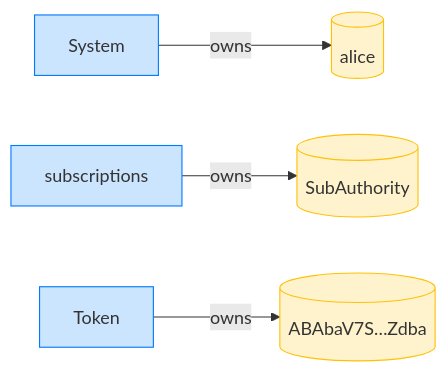
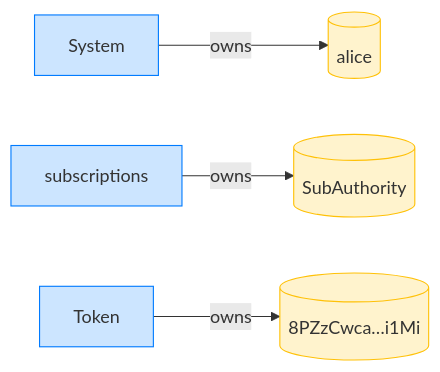
The fourth of 8 diagrams in dsl_tests/revoke-clears-the-delegate.md (cds-rs/subscriptions), drawn with Mermaid before and after one commit. The commit also changed other lines of this file and 224 other files, not shown here.

````diff
--- a/dsl_tests/revoke-clears-the-delegate.md
+++ b/dsl_tests/revoke-clears-the-delegate.md
@@ -73,14 +78,14 @@
 ```mermaid
 flowchart LR
     classDef owner fill:#cce5ff,stroke:#007bff;
     classDef account fill:#fff3cd,stroke:#ffc107;
     System[System]:::owner
     alice[(alice)]:::account
     subscriptions[subscriptions]:::owner
     SubAuthority[(SubAuthority)]:::account
     Token[Token]:::owner
-    ABAbaV7S_Zdba[("ABAbaV7S…Zdba")]:::account
+    8PZzCwca_i1Mi[("8PZzCwca…i1Mi")]:::account
     System -->|owns| alice
     subscriptions -->|owns| SubAuthority
-    Token -->|owns| ABAbaV7S_Zdba
+    Token -->|owns| 8PZzCwca_i1Mi
 ```
````
